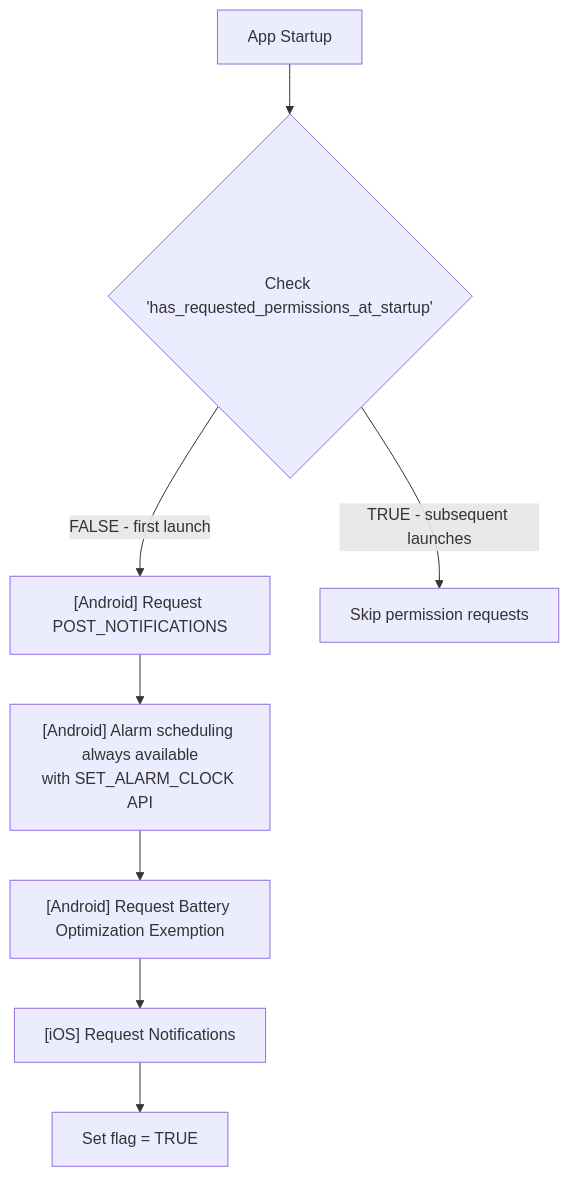
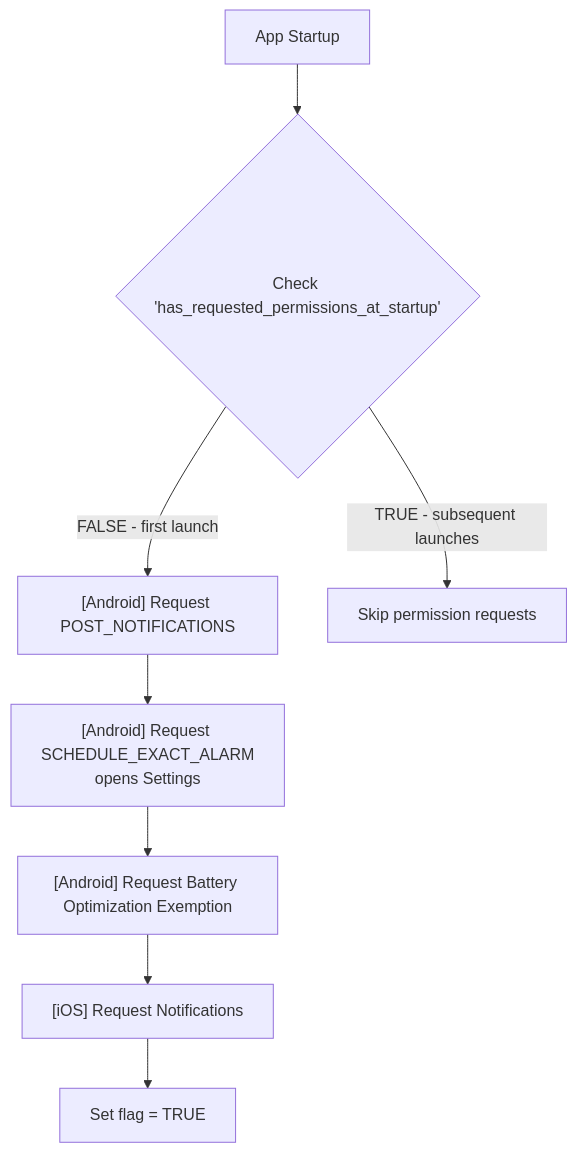
One commit to Usernode-Labs/flutter-mobile-app changed the fifth of 5 diagrams in docs/BACKGROUND_PRODUCTION.md. Above: the diagram before and after it, drawn with Mermaid. The commit also changed other lines of this file and 8 other files, not shown here.

Commit message:
revert exact alarm related changes

````diff
--- a/docs/BACKGROUND_PRODUCTION.md
+++ b/docs/BACKGROUND_PRODUCTION.md
@@ -364,10 +363,10 @@
 ```mermaid
 flowchart TB
     A["App Startup"] --> B{"Check 'has_requested_permissions_at_startup'"}
     B -->|FALSE - first launch| C["[Android] Request POST_NOTIFICATIONS"]
-    C --> D["[Android] Alarm scheduling always available<br/>with SET_ALARM_CLOCK API"]
+    C --> D["[Android] Request SCHEDULE_EXACT_ALARM<br/>opens Settings"]
     D --> E["[Android] Request Battery Optimization Exemption"]
     E --> F["[iOS] Request Notifications"]
     F --> G["Set flag = TRUE"]
     B -->|TRUE - subsequent launches| H["Skip permission requests"]
 ```
````
